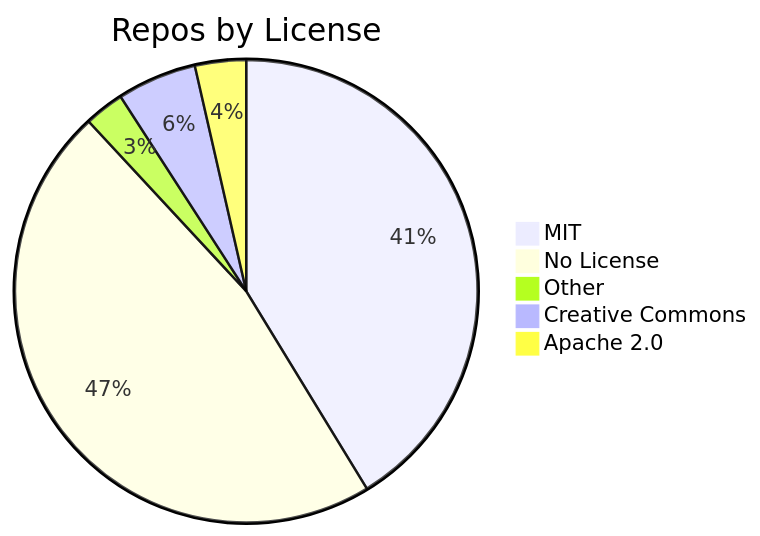
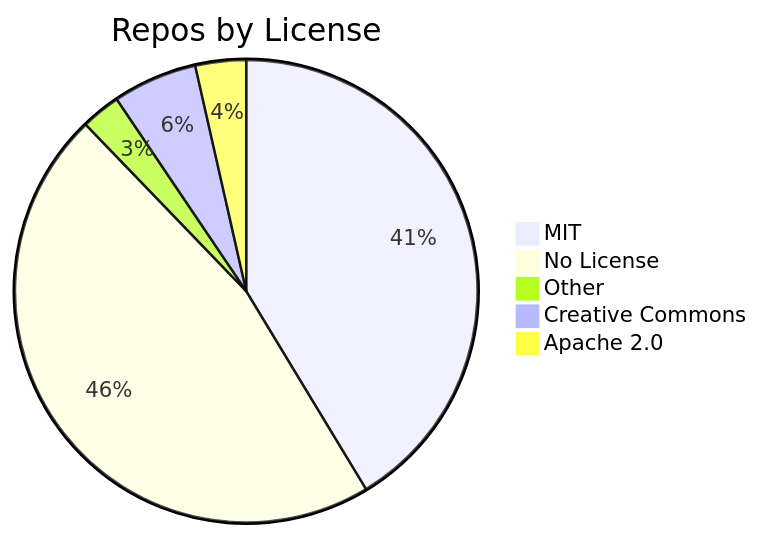
One commit to jpatterson933/awesome-mcp-server-repo-index changed the diagram in README.md. Above: the diagram before and after it, drawn with Mermaid. The commit also changed other lines of this file and 3 other files, not shown here.

````diff
--- a/README.md
+++ b/README.md
@@ -29,8 +29,8 @@
 ```mermaid
 pie title Repos by License
-    "MIT" : 104
+    "MIT" : 105
     "No License" : 118
     "Other" : 7
-    "Creative Commons" : 14
+    "Creative Commons" : 15
     "Apache 2.0" : 9
 ```
````
